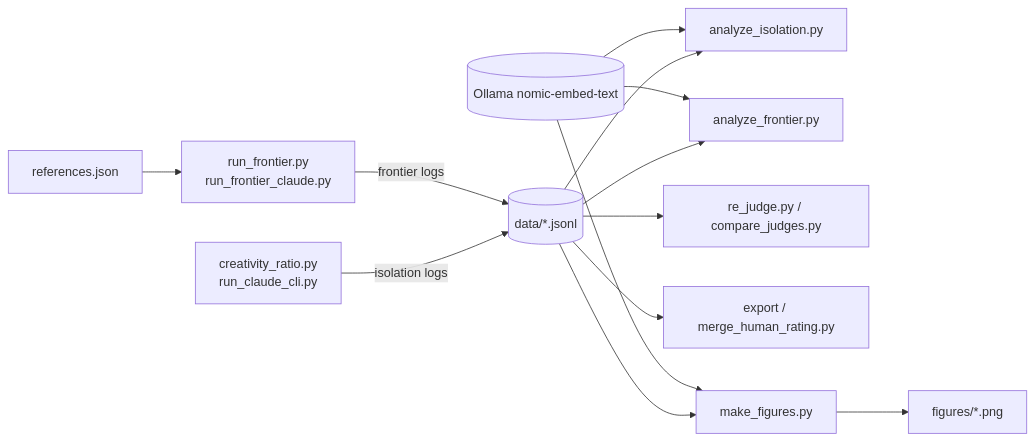
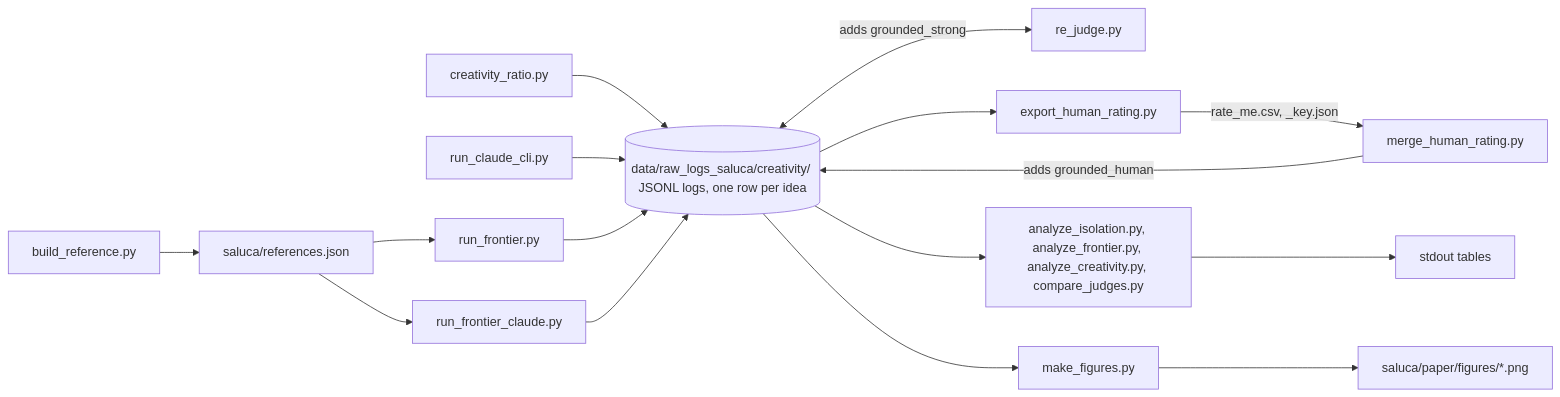
Before and after one commit to saluca-labs/context-load-novelty: the second of 2 diagrams in README.md, drawn with Mermaid. The commit also changed other lines of this file and 3 other files, not shown here.

First line of the commit message:
docs: data-path diagrams, script table, result provenance, agent orientation

````diff
--- a/README.md
+++ b/README.md
@@ -148,12 +198,18 @@
 ```mermaid
 flowchart LR
-  G1[creativity_ratio.py<br/>run_claude_cli.py] -->|isolation logs| D[(data/*.jsonl)]
-  G2[run_frontier.py<br/>run_frontier_claude.py] -->|frontier logs| D
-  REF[references.json] --> G2
-  D --> A1[analyze_isolation.py]
-  D --> A2[analyze_frontier.py]
-  D --> J[re_judge.py / compare_judges.py]
-  D --> H[export / merge_human_rating.py]
-  D --> F[make_figures.py] --> FIG[figures/*.png]
-  E[(Ollama nomic-embed-text)] --> A1 & A2 & F
+    BR["build_reference.py"] --> REF["saluca/references.json"]
+    REF --> RF["run_frontier.py"]
+    REF --> RFC["run_frontier_claude.py"]
+    CR["creativity_ratio.py"] --> LOGS[("data/raw_logs_saluca/creativity/ JSONL logs, one row per idea")]
+    RCC["run_claude_cli.py"] --> LOGS
+    RF --> LOGS
+    RFC --> LOGS
+    LOGS <-->|"adds grounded_strong"| RJ["re_judge.py"]
+    LOGS --> EX["export_human_rating.py"]
+    EX -->|"rate_me.csv, _key.json"| MG["merge_human_rating.py"]
+    MG -->|"adds grounded_human"| LOGS
+    LOGS --> AN["analyze_isolation.py, analyze_frontier.py, analyze_creativity.py, compare_judges.py"]
+    LOGS --> MF["make_figures.py"]
+    AN --> OUT["stdout tables"]
+    MF --> FIG["saluca/paper/figures/*.png"]
 ```
````
